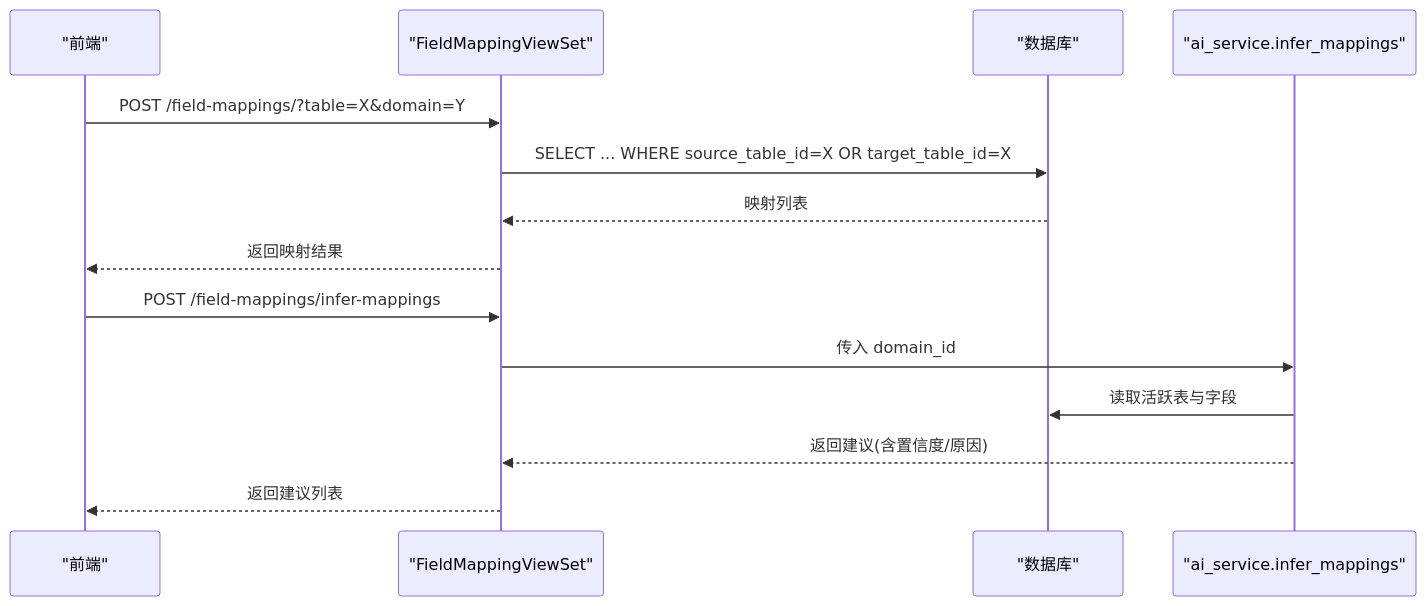
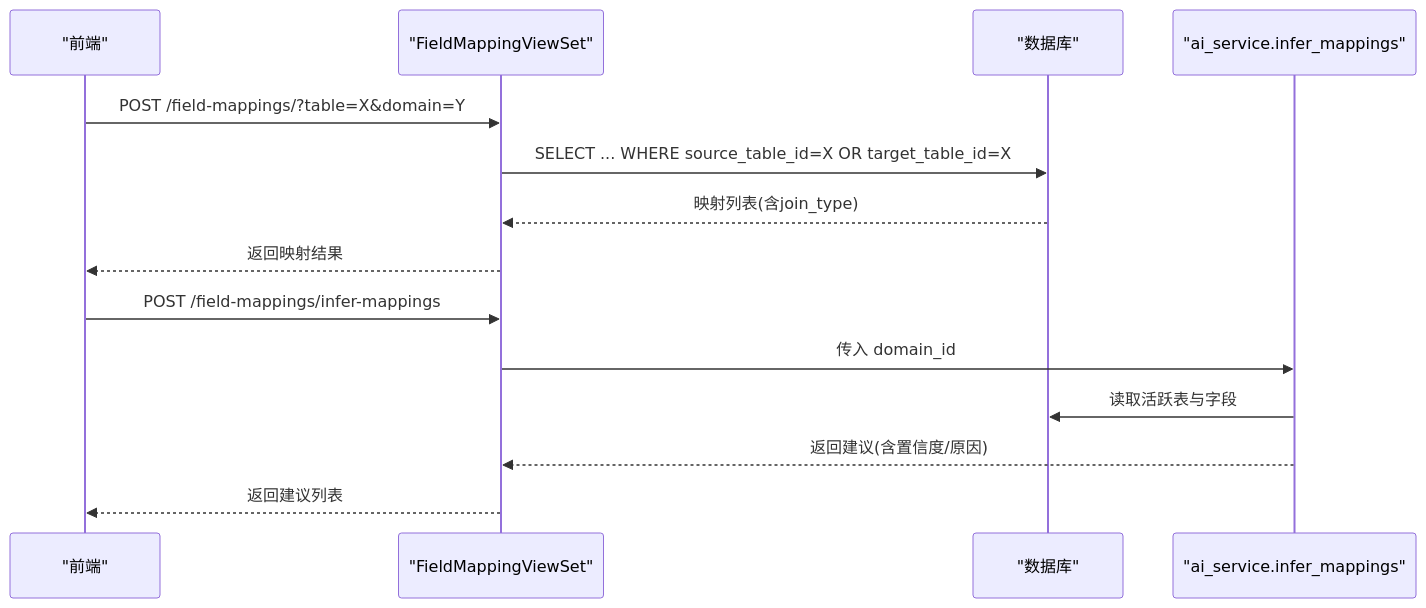
The fourth of 6 diagrams in .qoder/repowiki/zh/content/架构设计/数据架构/数据库设计/核心实体模型/字段映射模型.md (zyp-coder/Metadata), drawn with Mermaid before and after one commit. The commit also changed other lines of this file and 39 other files, not shown here.

````diff
--- a/.qoder/repowiki/zh/content/架构设计/数据架构/数据库设计/核心实体模型/字段映射模型.md
+++ b/.qoder/repowiki/zh/content/架构设计/数据架构/数据库设计/核心实体模型/字段映射模型.md
@@ -168,16 +187,16 @@
 ```mermaid
 sequenceDiagram
 participant FE as "前端"
 participant API as "FieldMappingViewSet"
 participant DB as "数据库"
 participant AI as "ai_service.infer_mappings"
 FE->>API : POST /field-mappings/?table=X&domain=Y
 API->>DB : SELECT ... WHERE source_table_id=X OR target_table_id=X
-DB-->>API : 映射列表
+DB-->>API : 映射列表(含join_type)
 API-->>FE : 返回映射结果
 FE->>API : POST /field-mappings/infer-mappings
 API->>AI : 传入 domain_id
 AI->>DB : 读取活跃表与字段
 AI-->>API : 返回建议(含置信度/原因)
 API-->>FE : 返回建议列表
 ```
````
